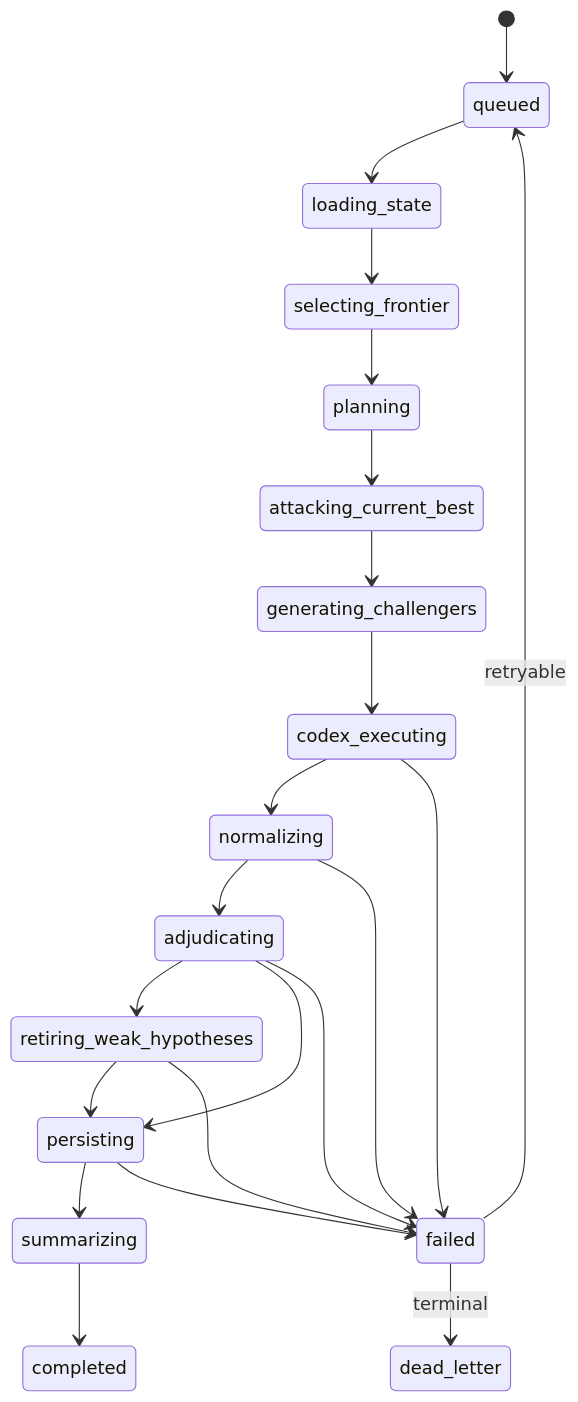
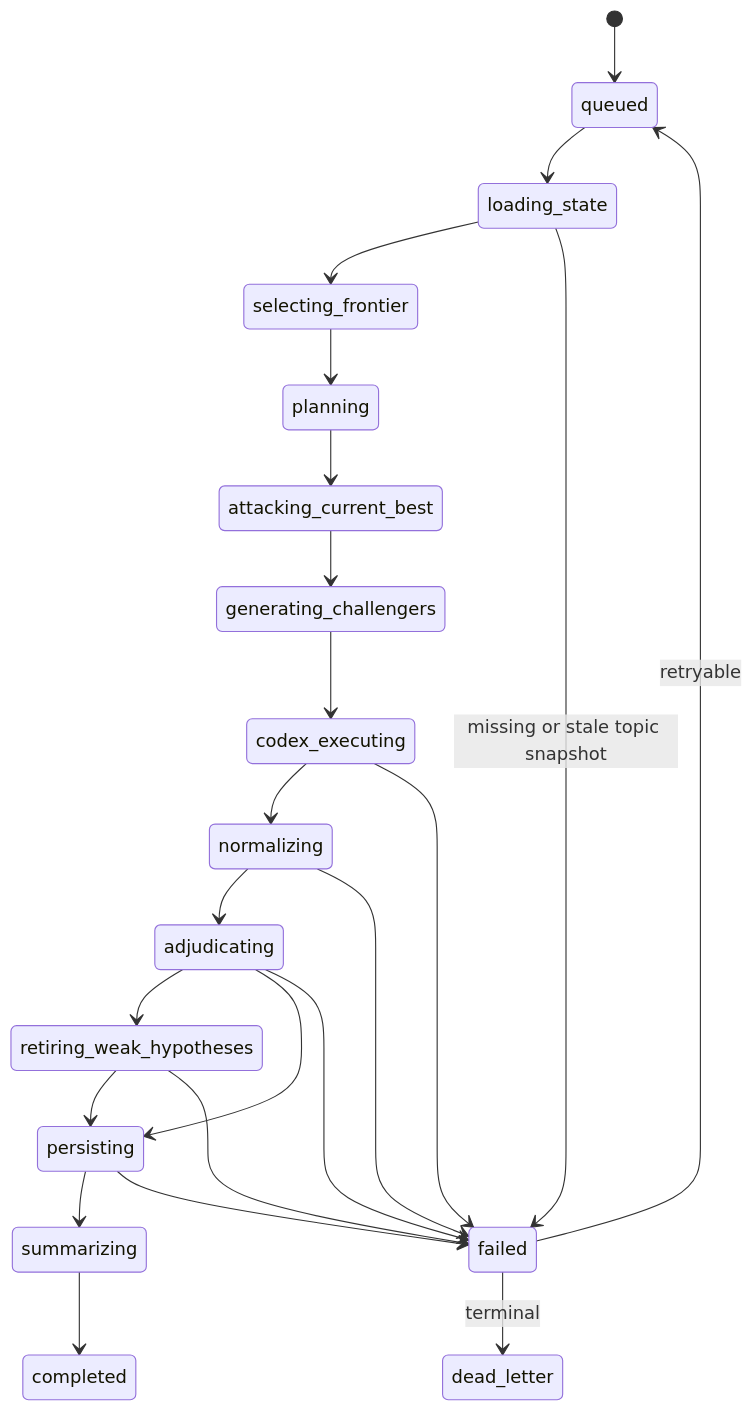
The second of 4 diagrams in ARCH.md (winehouse8/codex_continual_research_bot), drawn with Mermaid before and after one commit. The commit also changed 12 other files, not shown here.

First line of the commit message:
Prevent runtime starts from stale topic context

````diff
--- a/ARCH.md
+++ b/ARCH.md
@@ -433,24 +433,25 @@
 ```mermaid
 stateDiagram-v2
     [*] --> queued
     queued --> loading_state
     loading_state --> selecting_frontier
+    loading_state --> failed: missing or stale topic snapshot
     selecting_frontier --> planning
     planning --> attacking_current_best
     attacking_current_best --> generating_challengers
     generating_challengers --> codex_executing
     codex_executing --> normalizing
     normalizing --> adjudicating
     adjudicating --> retiring_weak_hypotheses
     retiring_weak_hypotheses --> persisting
     adjudicating --> persisting
     persisting --> summarizing
     summarizing --> completed
     codex_executing --> failed
     normalizing --> failed
     adjudicating --> failed
     retiring_weak_hypotheses --> failed
     persisting --> failed
     failed --> queued: retryable
     failed --> dead_letter: terminal
 ```
````
